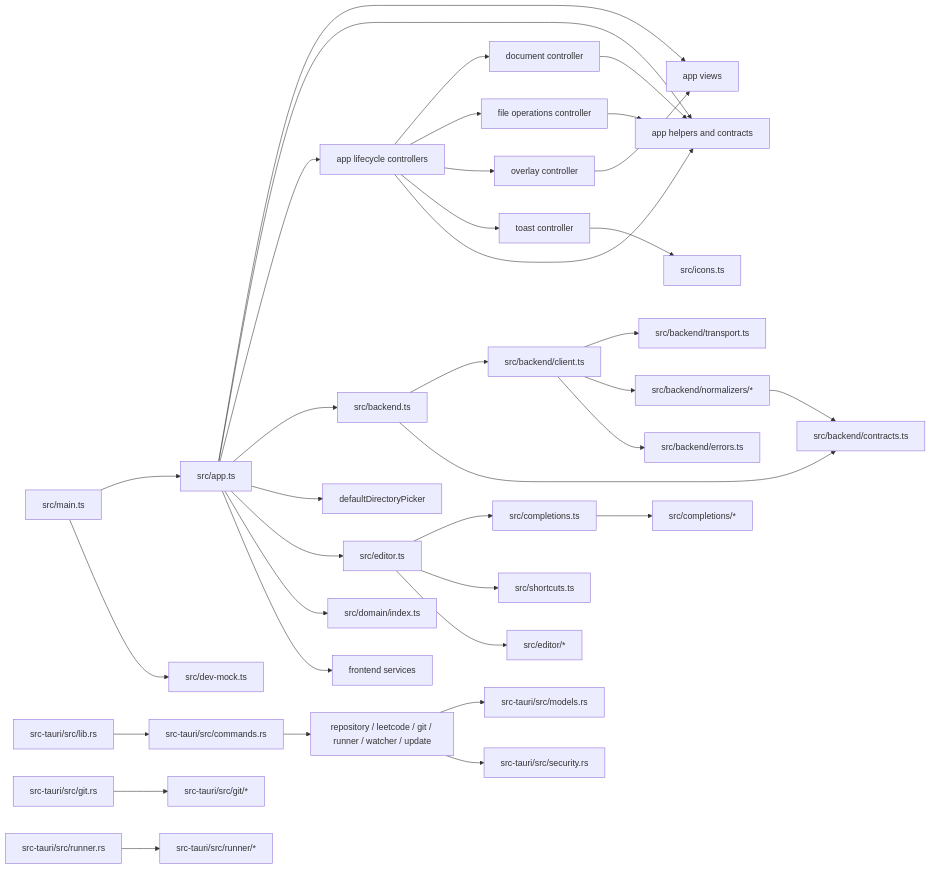
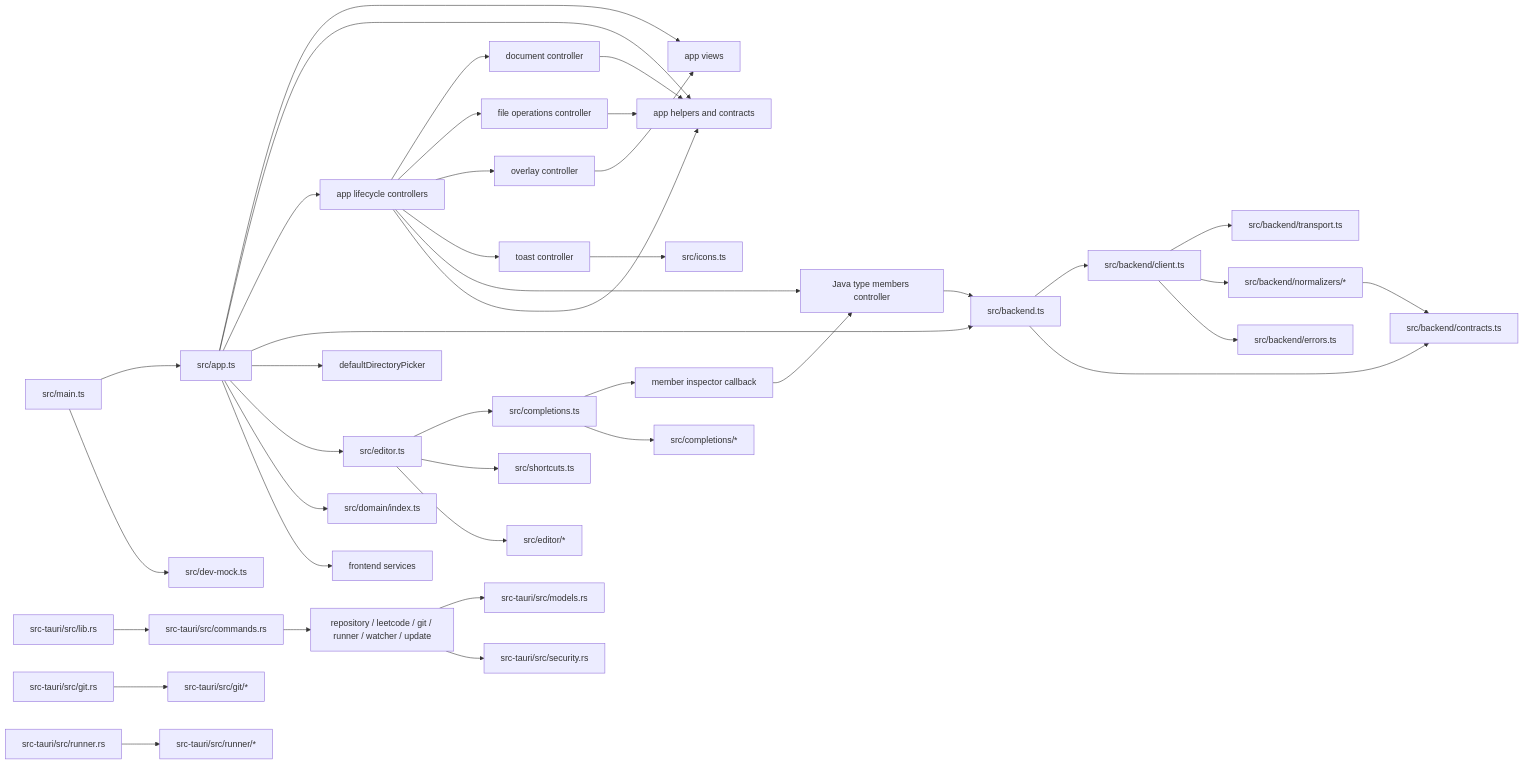
One commit to ShanePark/leetcoder changed the diagram in docs/architecture.md. Above: the diagram before and after it, drawn with Mermaid. The commit also changed other lines of this file and 20 other files, not shown here.

First line of the commit message:
feat: Complete Java members from runtime metadata

````diff
--- a/docs/architecture.md
+++ b/docs/architecture.md
@@ -70,38 +72,42 @@
 ```mermaid
 flowchart LR
   main[src/main.ts] --> app[src/app.ts]
   main --> mock[src/dev-mock.ts]
   app --> appViews[app views]
   app --> appParts[app helpers and contracts]
   app --> appControllers[app lifecycle controllers]
   appControllers --> documentCtrl[document controller]
   appControllers --> fileOpsCtrl[file operations controller]
   appControllers --> overlayCtrl[overlay controller]
   appControllers --> toastCtrl[toast controller]
+  appControllers --> javaMembersCtrl[Java type members controller]
   documentCtrl --> appParts
   fileOpsCtrl --> appParts
   overlayCtrl --> appViews
   toastCtrl --> icons[src/icons.ts]
   app --> backend[src/backend.ts]
   app --> picker[defaultDirectoryPicker]
   app --> editor[src/editor.ts]
   app --> domain[src/domain/index.ts]
   app --> services[frontend services]
   appControllers --> appParts
   editor --> completion[src/completions.ts]
+  completion --> memberInspector[member inspector callback]
+  memberInspector --> javaMembersCtrl
+  javaMembersCtrl --> backend
   editor --> shortcuts[src/shortcuts.ts]
   editor --> editorParts[src/editor/*]
   completion --> completionParts[src/completions/*]
   backend --> client[src/backend/client.ts]
   backend --> contracts[src/backend/contracts.ts]
   client --> transport[src/backend/transport.ts]
   client --> normalizers[src/backend/normalizers/*]
   client --> errors[src/backend/errors.ts]
   normalizers --> contracts
   lib[src-tauri/src/lib.rs] --> commands[src-tauri/src/commands.rs]
   commands --> native[repository / leetcode / git / runner / watcher / update]
   native --> models[src-tauri/src/models.rs]
   native --> security[src-tauri/src/security.rs]
   git[src-tauri/src/git.rs] --> gitParts[src-tauri/src/git/*]
   runner[src-tauri/src/runner.rs] --> runnerParts[src-tauri/src/runner/*]
 ```
````
